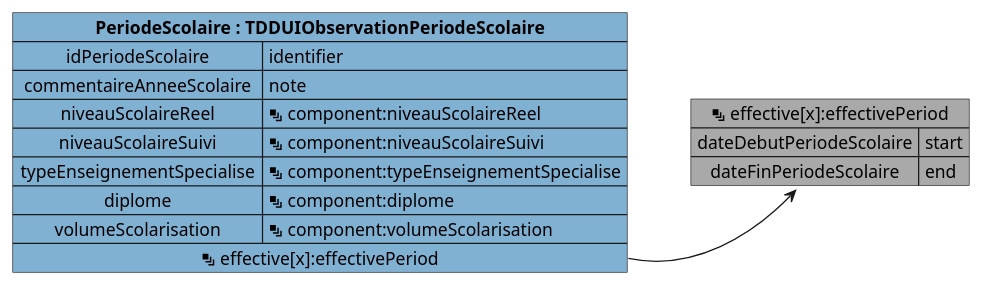
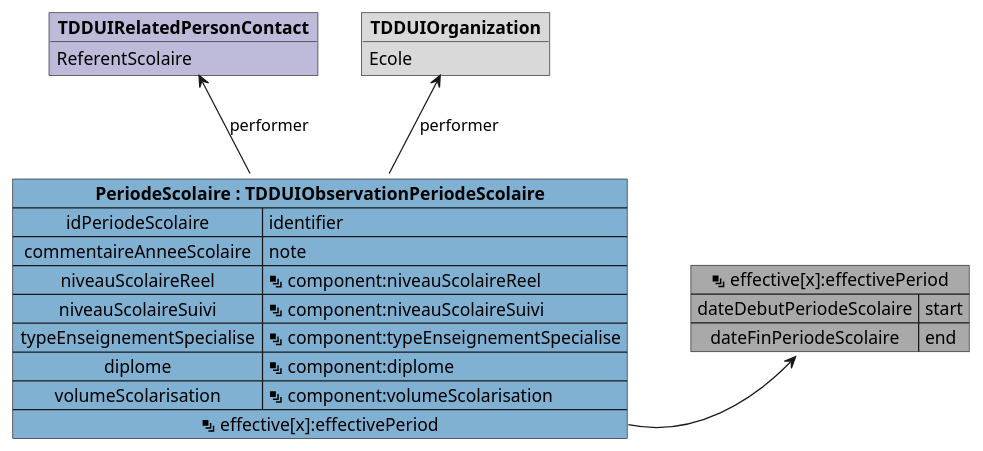
The diagram in input/images-source/mapping_TDDUIObservationPeriodeScolaire.plantuml (ansforge/IG-fhir-medicosocial-transfert-donnees-dui), drawn with PlantUML before and after one commit. The commit also changed 19 other files, not shown here.

```diff
--- a/input/images-source/mapping_TDDUIObservationPeriodeScolaire.plantuml
+++ b/input/images-source/mapping_TDDUIObservationPeriodeScolaire.plantuml
@@ -1,20 +1,31 @@
 @startuml
+
+object "**TDDUIOrganization**" as TDDUIOrganization #d9d9d9 {
+    Ecole
+}
+
+object "**TDDUIRelatedPersonContact**" as TDDUIRelatedPersonContact #bebada {
+    ReferentScolaire
+}
 
 map "<&layers> effective[x]:effectivePeriod" as effectivexeffectivePeriod #DarkGray {
     dateDebutPeriodeScolaire => start
     dateFinPeriodeScolaire => end
 }
 
 map "**PeriodeScolaire : TDDUIObservationPeriodeScolaire**" as PeriodeScolaire #80b1d3 {
     idPeriodeScolaire => identifier
     commentaireAnneeScolaire => note
     niveauScolaireReel => <&layers> component:niveauScolaireReel
     niveauScolaireSuivi => <&layers> component:niveauScolaireSuivi
     typeEnseignementSpecialise => <&layers> component:typeEnseignementSpecialise
     diplome => <&layers> component:diplome
     volumeScolarisation => <&layers> component:volumeScolarisation
     <&layers> effective[x]:effectivePeriod *-> effectivexeffectivePeriod
 }
 
+PeriodeScolaire -u-> TDDUIOrganization : performer
+PeriodeScolaire -u-> TDDUIRelatedPersonContact : performer
+
 
 @enduml
```
